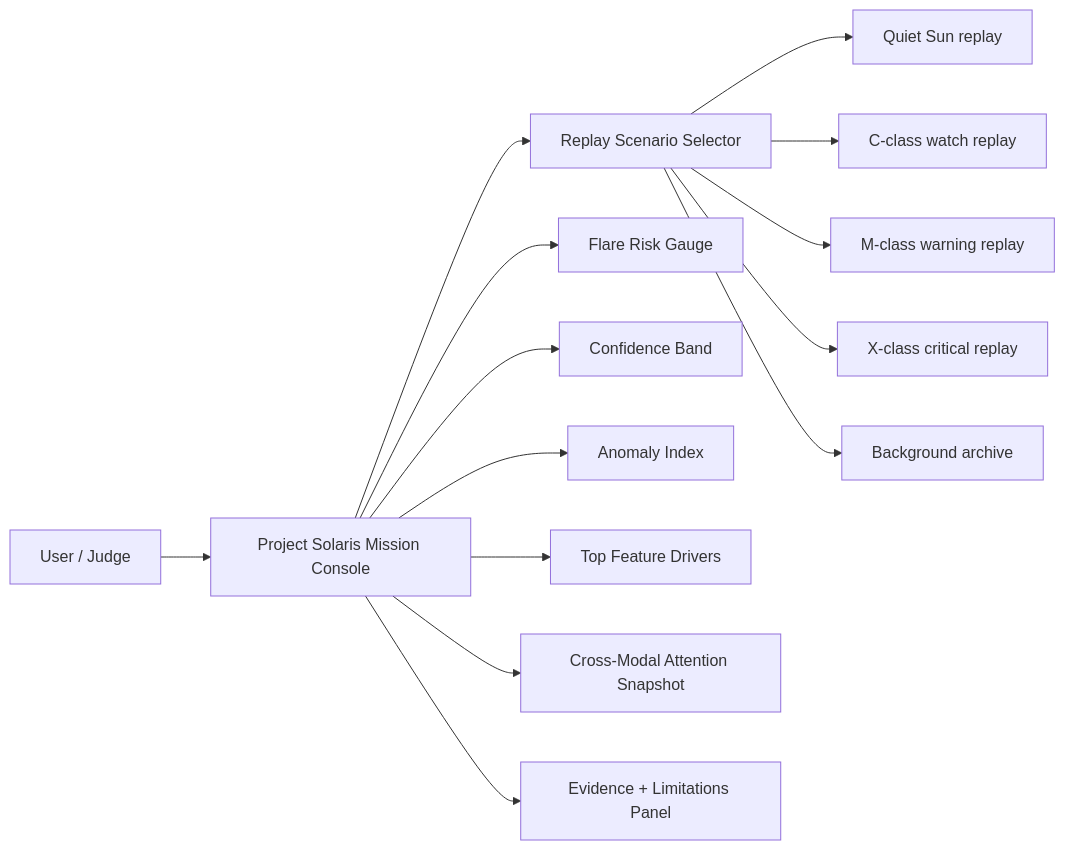
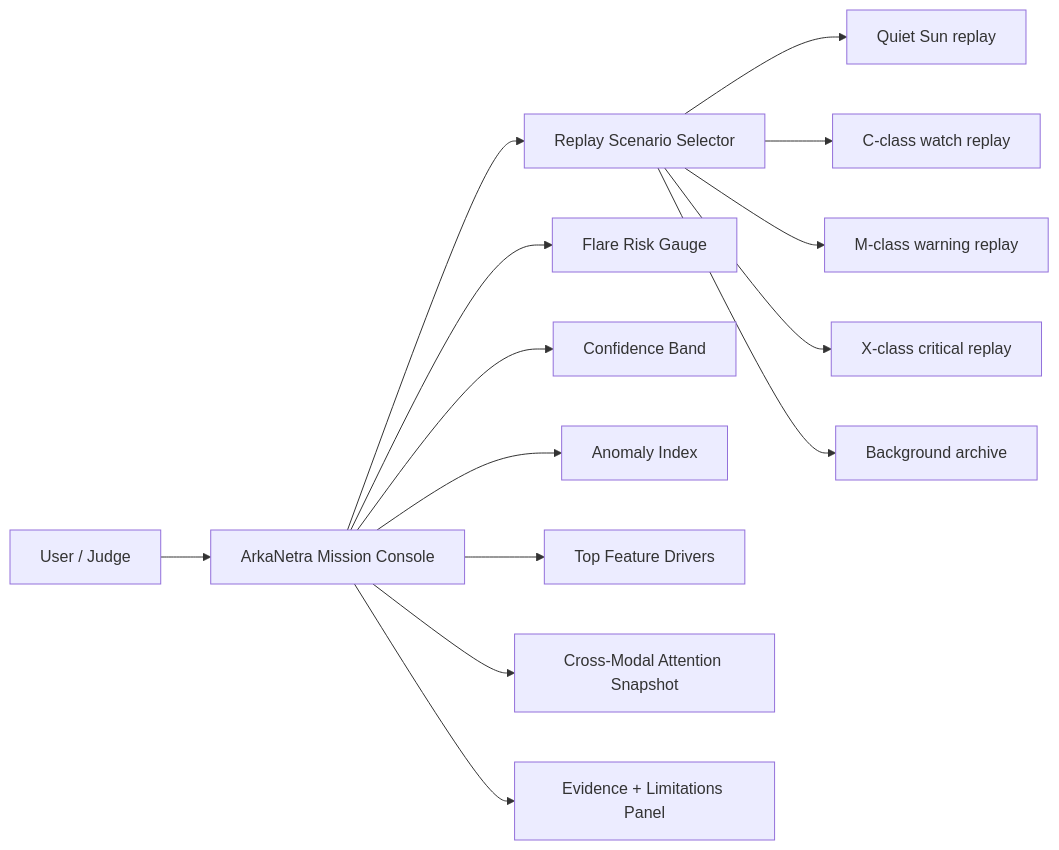
The second of 13 diagrams in explanation.md (RavaniRoshan/arka-netra), drawn with Mermaid before and after one commit. The commit also changed other lines of this file and 153 other files, not shown here.

Commit message:
Rename Project Solaris to ArkaNetra across the entire repo

````diff
--- a/explanation.md
+++ b/explanation.md
@@ -39,16 +39,16 @@
 ```mermaid
 flowchart LR
-    User["User / Judge"] --> Console["Project Solaris Mission Console"]
+    User["User / Judge"] --> Console["ArkaNetra Mission Console"]
     Console --> Scenario["Replay Scenario Selector"]
     Scenario --> Quiet["Quiet Sun replay"]
     Scenario --> CClass["C-class watch replay"]
     Scenario --> MClass["M-class warning replay"]
     Scenario --> XClass["X-class critical replay"]
     Scenario --> Archive["Background archive"]
     Console --> Risk["Flare Risk Gauge"]
     Console --> Uncertainty["Confidence Band"]
     Console --> Anomaly["Anomaly Index"]
     Console --> Explain["Top Feature Drivers"]
     Console --> Attention["Cross-Modal Attention Snapshot"]
     Console --> Evidence["Evidence + Limitations Panel"]
 ```
````
